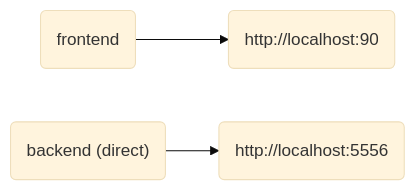
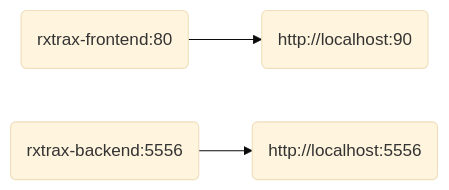
The diagram in README.md (chump29/rxtrax), drawn with Mermaid (base theme) before and after one commit. The commit also changed other lines of this file and 47 other files, not shown here.

````diff
--- a/README.md
+++ b/README.md
@@ -9,9 +11,9 @@
 ```mermaid
 flowchart LR
-frontend@{shape: rounded, label: "frontend"}
+frontend@{shape: rounded, label: "rxtrax-frontend:80"}
 frontendPort@{shape: rounded, label: "http://localhost:90"}
-backend@{shape: rounded, label: "backend (direct)"}
+backend@{shape: rounded, label: "rxtrax-backend:5556"}
 backendPort@{shape: rounded, label: "http://localhost:5556"}
 frontend-->frontendPort
 backend-->backendPort
 ```
````
